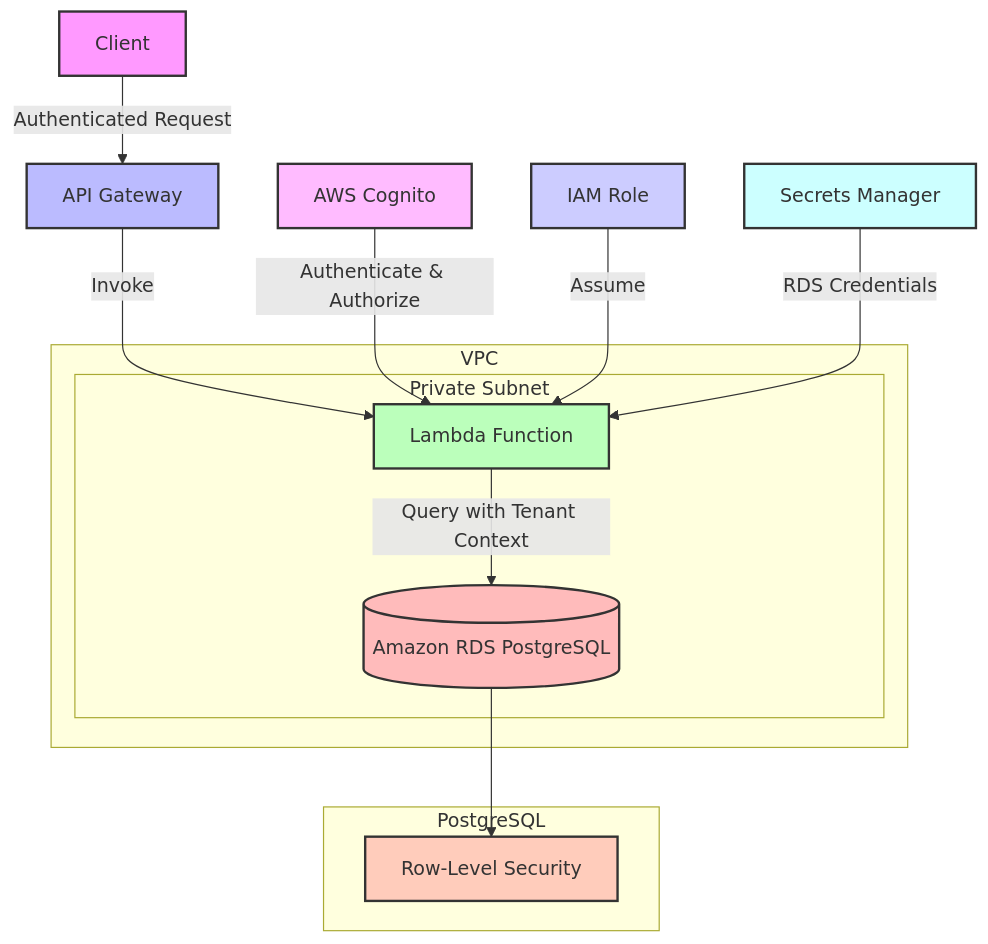
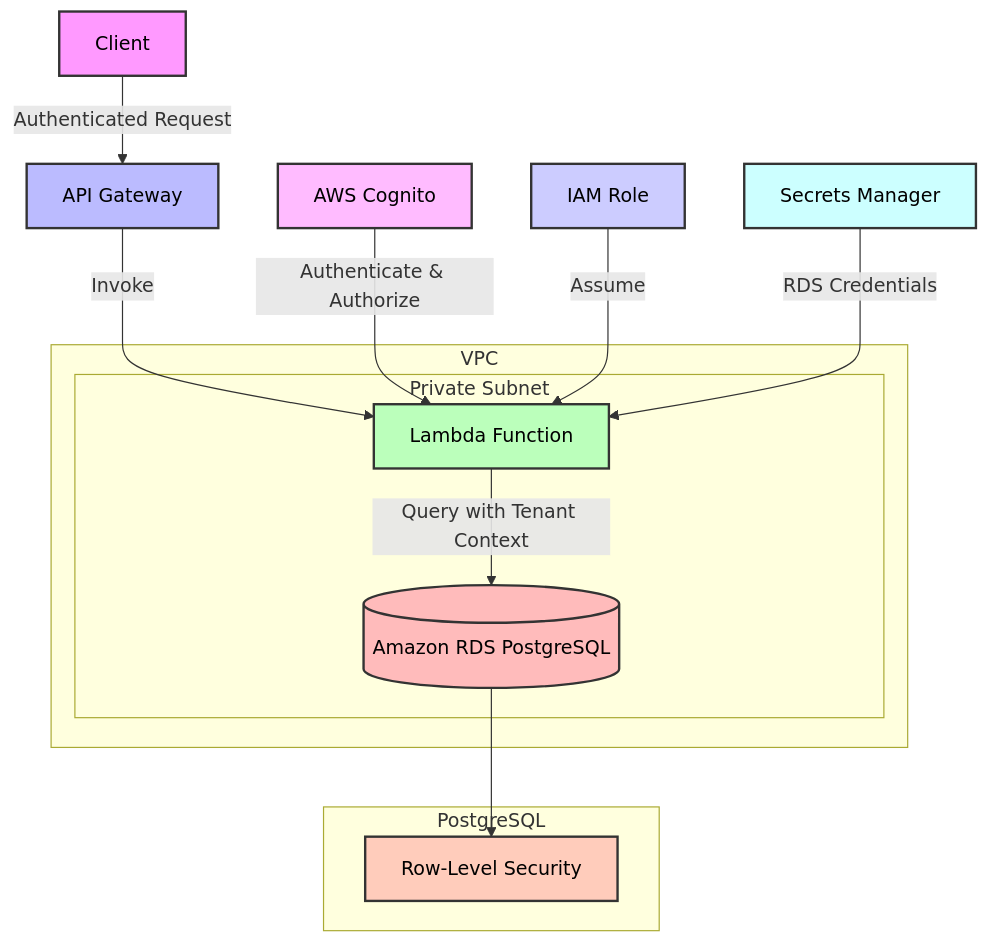
One commit to taimax13/platform-tool changed the third of 4 diagrams in README.md. Above: the diagram before and after it, drawn with Mermaid. The commit also changed other lines of this file, not shown here.

````diff
--- a/README.md
+++ b/README.md
@@ -298,31 +298,31 @@
 ```mermaid
 graph TD
     A[Client] -->|Authenticated Request| B[API Gateway]
     B -->|Invoke| C[Lambda Function]
     C -->|Query with Tenant Context| D[(Amazon RDS PostgreSQL)]
     E[AWS Cognito] -->|Authenticate & Authorize| C
     
     subgraph VPC
         subgraph "Private Subnet"
             C
             D
         end
     end
     
     F[IAM Role] -->|Assume| C
     G[Secrets Manager] -->|RDS Credentials| C
     
     subgraph "PostgreSQL"
         H[Row-Level Security]
     end
     D --> H
     
-    style A fill:#f9f,stroke:#333,stroke-width:2px
-    style B fill:#bbf,stroke:#333,stroke-width:2px
-    style C fill:#bfb,stroke:#333,stroke-width:2px
-    style D fill:#fbb,stroke:#333,stroke-width:2px
-    style E fill:#fbf,stroke:#333,stroke-width:2px
-    style F fill:#ccf,stroke:#333,stroke-width:2px
-    style G fill:#cff,stroke:#333,stroke-width:2px
-    style H fill:#fcb,stroke:#333,stroke-width:2px
+    style A fill:#f9f,stroke:#333,stroke-width:2px,color:#000
+    style B fill:#bbf,stroke:#333,stroke-width:2px,color:#000
+    style C fill:#bfb,stroke:#333,stroke-width:2px,color:#000
+    style D fill:#fbb,stroke:#333,stroke-width:2px,color:#000
+    style E fill:#fbf,stroke:#333,stroke-width:2px,color:#000
+    style F fill:#ccf,stroke:#333,stroke-width:2px,color:#000
+    style G fill:#cff,stroke:#333,stroke-width:2px,color:#000
+    style H fill:#fcb,stroke:#333,stroke-width:2px,color:#000
 ```
````
